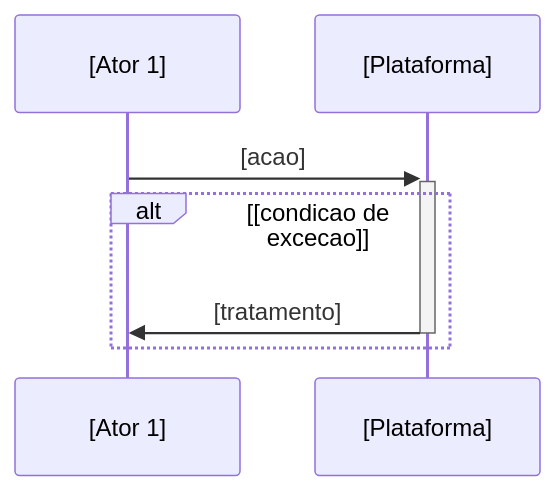
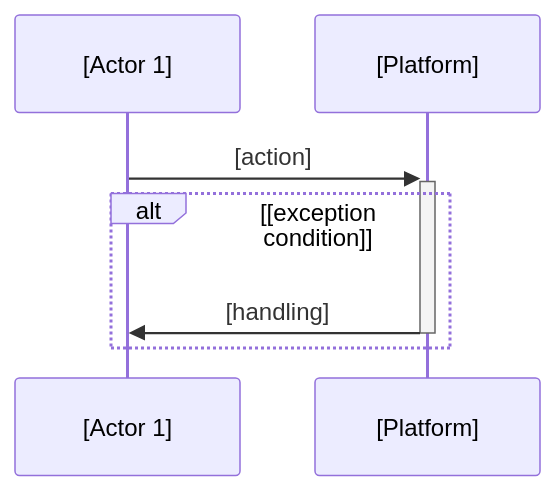
The diagram in .claude/commands/madruga/business-process.md (paceautomations/madruga.ai), drawn with Mermaid before and after one commit. The commit also changed other lines of this file and 39 other files, not shown here.

````diff
--- a/.claude/commands/madruga/business-process.md
+++ b/.claude/commands/madruga/business-process.md
@@ -122,9 +122,9 @@
 ```mermaid
 sequenceDiagram
-    participant [Ator 1]
-    participant [Plataforma]
-    [Ator 1]->>+[Plataforma]: [acao]
-    alt [condicao de excecao]
-        [Plataforma]->>-[Ator 1]: [tratamento]
+    participant [Actor 1]
+    participant [Platform]
+    [Actor 1]->>+[Platform]: [action]
+    alt [exception condition]
+        [Platform]->>-[Actor 1]: [handling]
     end
 ```
````
